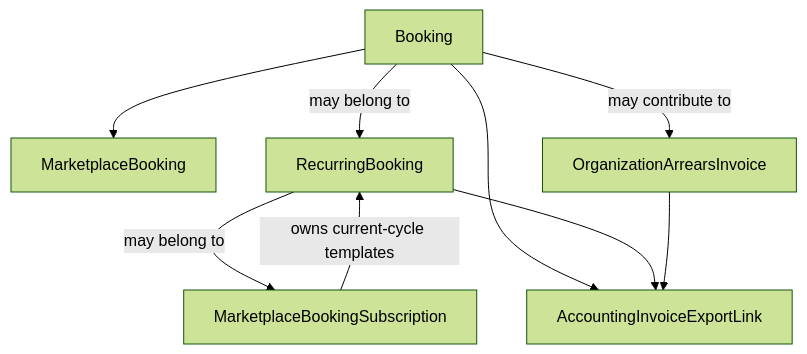
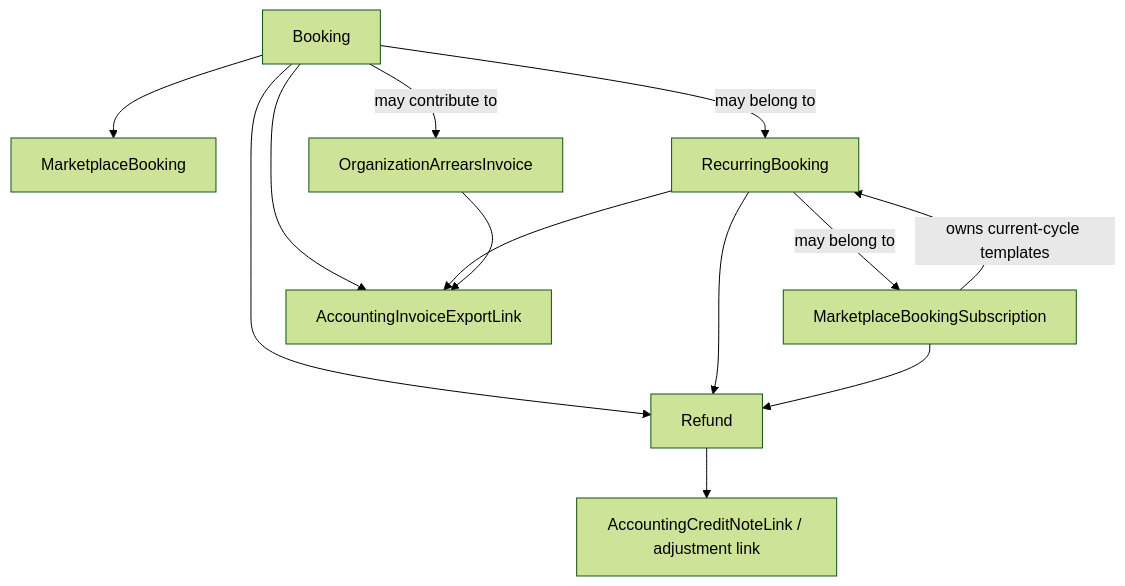
One commit to skedular/skedular changed the third of 11 diagrams in booking/docs/architecture/booking-domain-architecture.md. Above: the diagram before and after it, drawn with Mermaid (forest theme). The commit also changed other lines of this file and 235 other files, not shown here.

````diff
--- a/booking/docs/architecture/booking-domain-architecture.md
+++ b/booking/docs/architecture/booking-domain-architecture.md
@@ -173,18 +189,24 @@
 ```mermaid
 flowchart TD
     Booking["Booking"]
     MarketplaceBooking["MarketplaceBooking"]
     RecurringBooking["RecurringBooking"]
     Subscription["MarketplaceBookingSubscription"]
     ArrearsInvoice["OrganizationArrearsInvoice"]
     AccountingLink["AccountingInvoiceExportLink"]
+    Refund["Refund"]
+    CreditNoteLink["AccountingCreditNoteLink / adjustment link"]
 
     Booking --> MarketplaceBooking
     Booking -->|may belong to| RecurringBooking
     RecurringBooking -->|may belong to| Subscription
     Subscription -->|owns current-cycle templates| RecurringBooking
     Booking -->|may contribute to| ArrearsInvoice
     Booking --> AccountingLink
     RecurringBooking --> AccountingLink
     ArrearsInvoice --> AccountingLink
+    Booking --> Refund
+    RecurringBooking --> Refund
+    Subscription --> Refund
+    Refund --> CreditNoteLink
 ```
````
